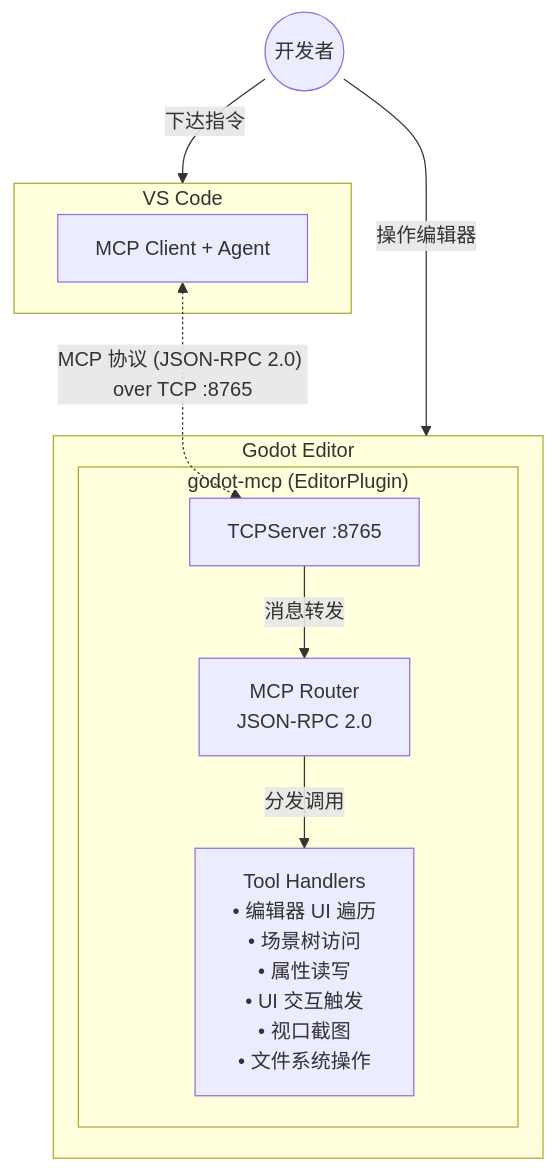
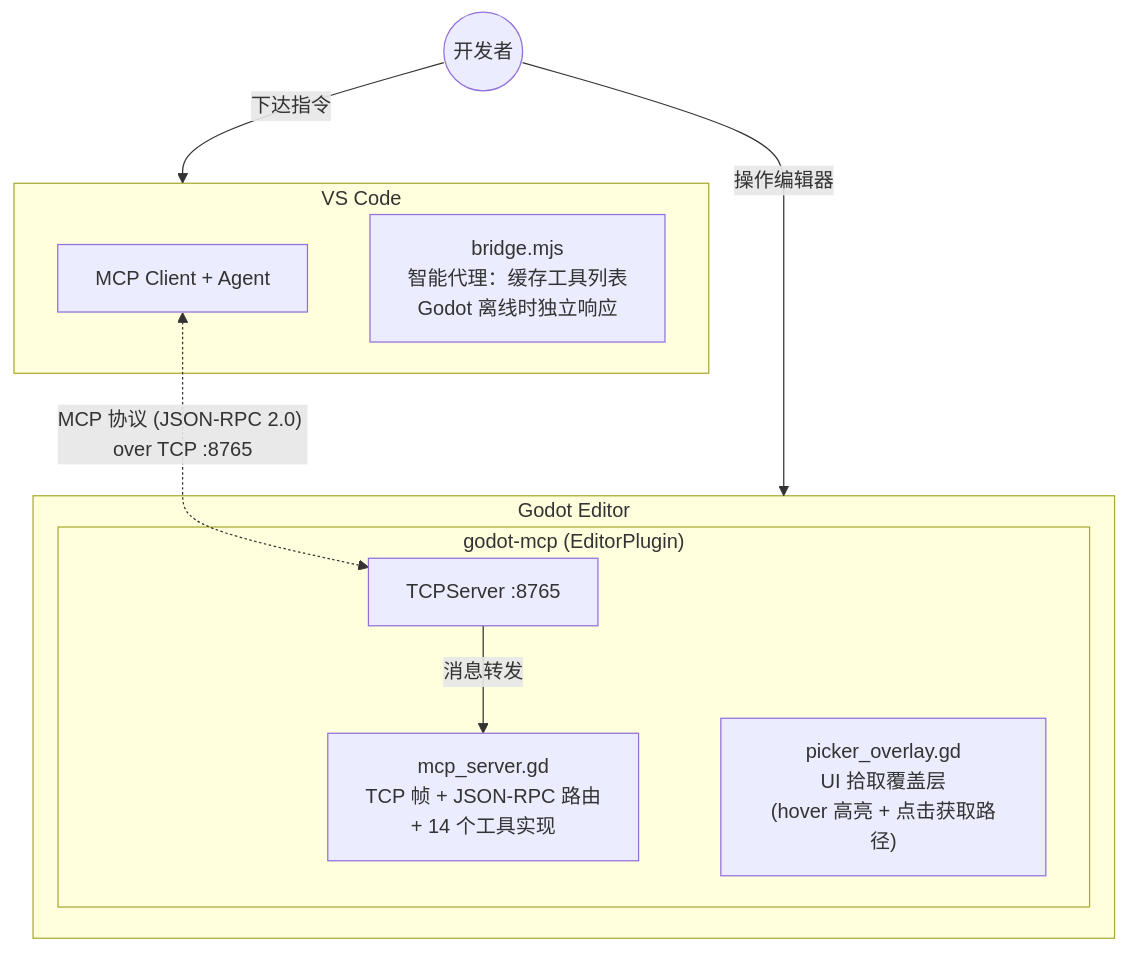
Before and after one commit to black067/godot-mcp: the diagram in docs/idea.md, drawn with Mermaid. The commit also changed other lines of this file and 4 other files, not shown here.

````diff
--- a/docs/idea.md
+++ b/docs/idea.md
@@ -28,21 +28,21 @@
 ```mermaid
 flowchart TB
   subgraph Godot["Godot Editor"]
     subgraph Plugin["godot-mcp (EditorPlugin)"]
       TCP["TCPServer :8765"]
-      Router["MCP Router<br/>JSON-RPC 2.0"]
-      Handlers["Tool Handlers<br/>• 编辑器 UI 遍历<br/>• 场景树访问<br/>• 属性读写<br/>• UI 交互触发<br/>• 视口截图<br/>• 文件系统操作"]
-      TCP -->|消息转发| Router
-      Router -->|分发调用| Handlers
+      Server["mcp_server.gd<br/>TCP 帧 + JSON-RPC 路由<br/>+ 14 个工具实现"]
+      Picker["picker_overlay.gd<br/>UI 拾取覆盖层<br/>(hover 高亮 + 点击获取路径)"]
+      TCP -->|消息转发| Server
     end
   end
 
   subgraph VSCode["VS Code"]
     Agent["MCP Client + Agent"]
+    Bridge["bridge.mjs<br/>智能代理：缓存工具列表<br/>Godot 离线时独立响应"]
   end
 
   Developer((开发者))
   Developer -->|操作编辑器| Godot
   Developer -->|下达指令| VSCode
   Agent <-.->|"MCP 协议 (JSON-RPC 2.0) over TCP :8765"| TCP
 ```
````
